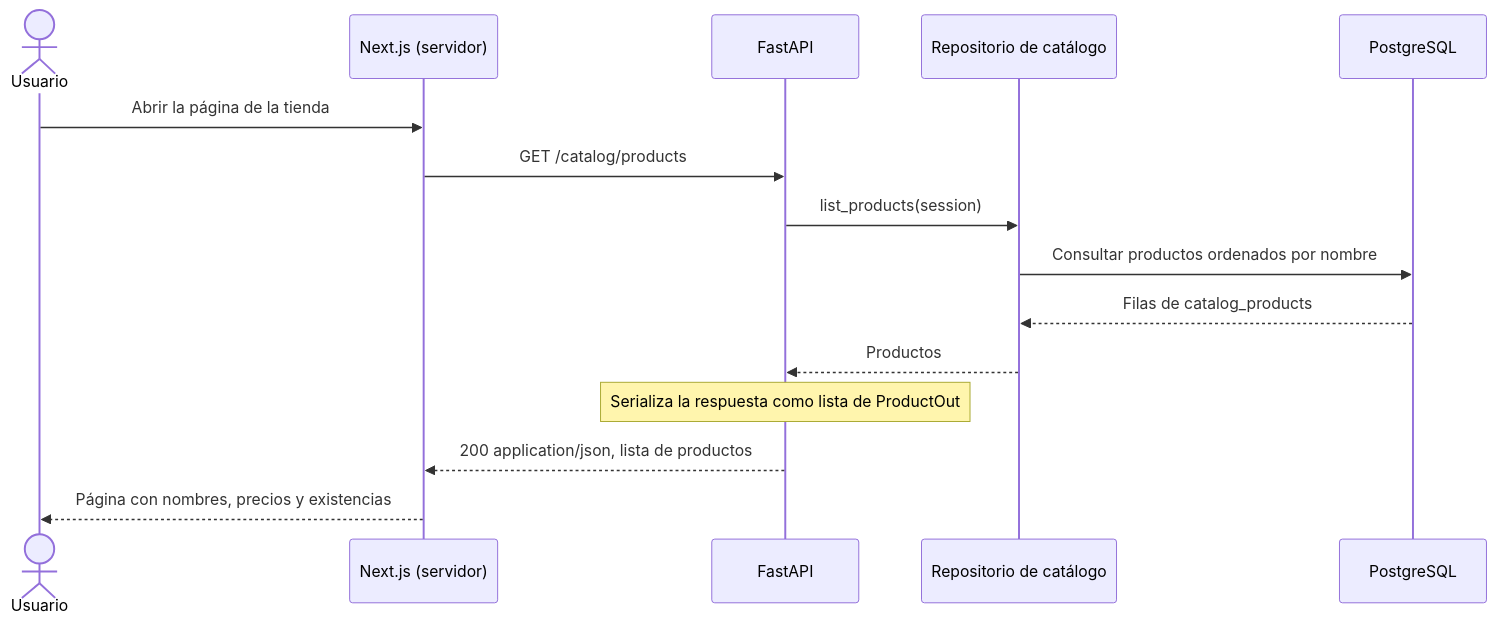
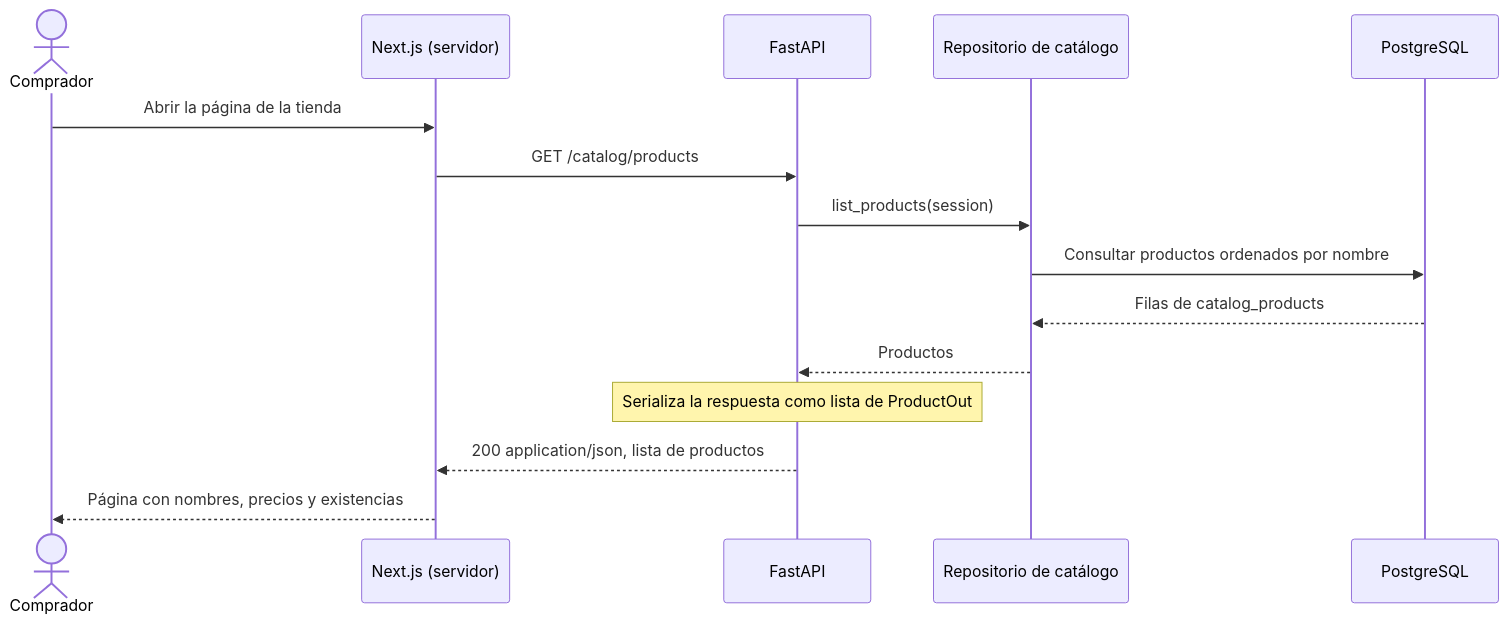
The first of 2 diagrams in docs/api/contrato-api.md (ISCOUTB/AS_202620_TIENDA-VIRTUAL-UTB), drawn with Mermaid before and after one commit. The commit also changed other lines of this file and 9 other files, not shown here.

Commit message:
Evidencia S7, termino de documentacion, actualizacion de diagramas, correccion de errores

````diff
--- a/docs/api/contrato-api.md
+++ b/docs/api/contrato-api.md
@@ -33,18 +37,18 @@
 ```mermaid
 sequenceDiagram
-    actor Usuario
+    actor Usuario as Comprador
     participant Web as Next.js (servidor)
     participant API as FastAPI
     participant Catalogo as Repositorio de catálogo
     participant BD as PostgreSQL
 
     Usuario->>Web: Abrir la página de la tienda
     Web->>API: GET /catalog/products
     API->>Catalogo: list_products(session)
     Catalogo->>BD: Consultar productos ordenados por nombre
     BD-->>Catalogo: Filas de catalog_products
     Catalogo-->>API: Productos
     Note over API: Serializa la respuesta como lista de ProductOut
     API-->>Web: 200 application/json, lista de productos
     Web-->>Usuario: Página con nombres, precios y existencias
 ```
````
